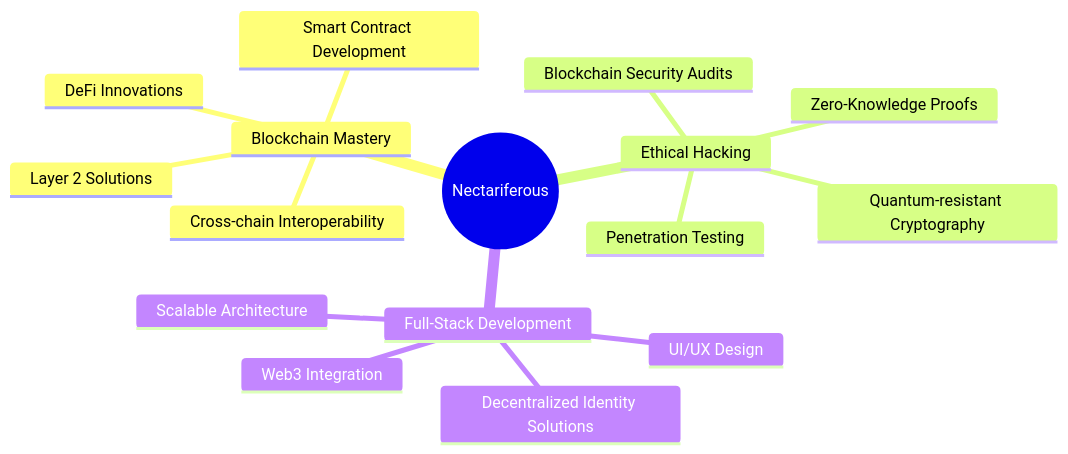
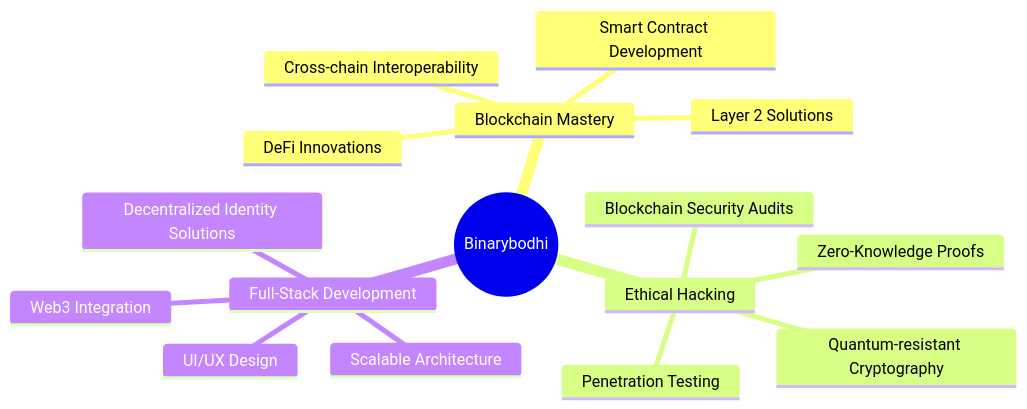
One commit to 0xneox/0xneox changed the diagram in README.md. Above: the diagram before and after it, drawn with Mermaid.

````diff
--- a/README.md
+++ b/README.md
@@ -17,19 +17,19 @@
 ```mermaid
 mindmap
-  root((Nectariferous))
+  root((Binarybodhi))
     Blockchain Mastery
       Smart Contract Development
       DeFi Innovations
       Layer 2 Solutions
       Cross-chain Interoperability
     Ethical Hacking
       Penetration Testing
       Blockchain Security Audits
       Zero-Knowledge Proofs
       Quantum-resistant Cryptography
     Full-Stack Development
       Web3 Integration
       Scalable Architecture
       UI/UX Design
       Decentralized Identity Solutions
 ```
````
